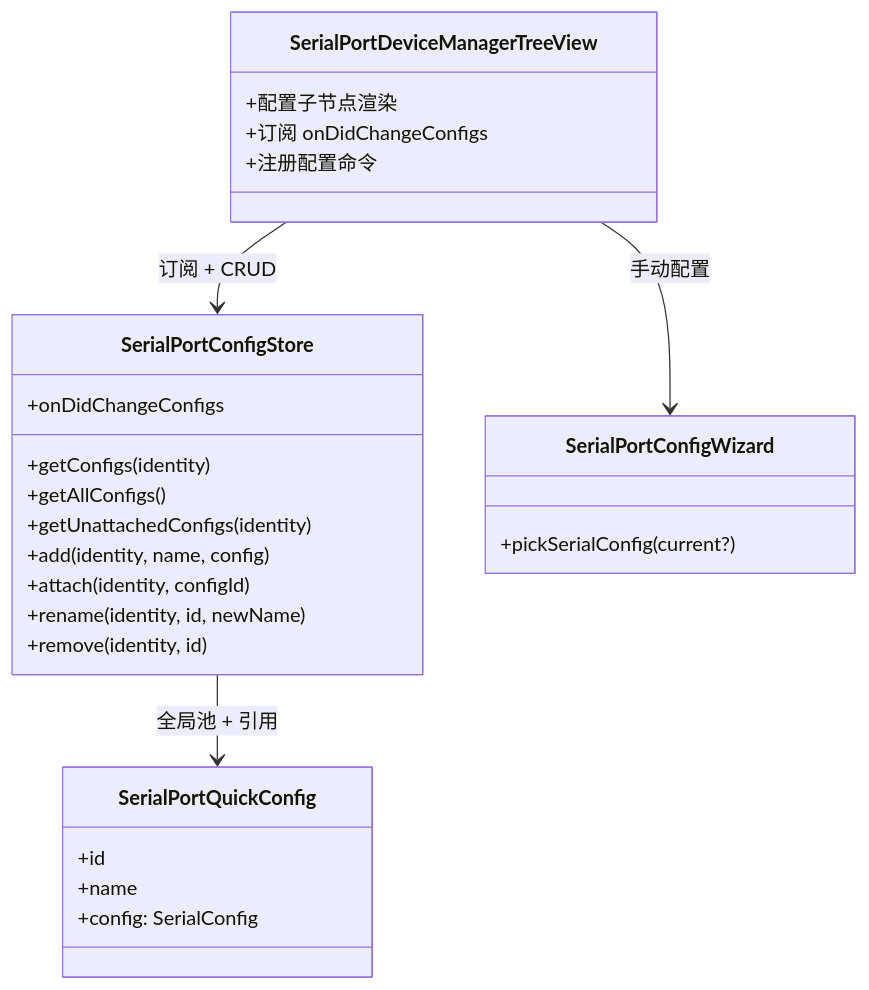
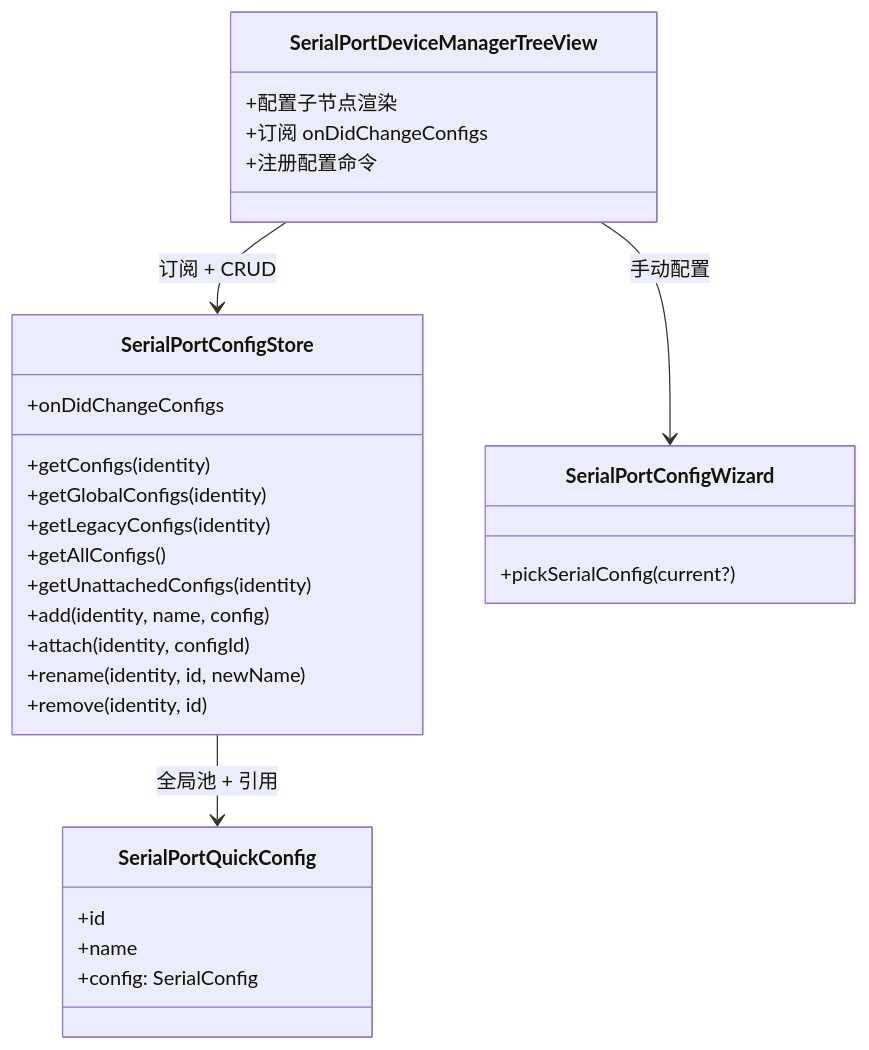
The diagram in doc/SerialPortQuickConfig设计.md (ziqiang-zhu/vscode-serial-port-terminal), drawn with Mermaid before and after one commit. The commit also changed other lines of this file and 7 other files, not shown here.

First line of the commit message:
fix: separate legacy quick configs from the global pool

````diff
--- a/doc/SerialPortQuickConfig设计.md
+++ b/doc/SerialPortQuickConfig设计.md
@@ -167,29 +171,31 @@
 ```mermaid
 classDiagram
     class SerialPortConfigStore {
         +getConfigs(identity)
+        +getGlobalConfigs(identity)
+        +getLegacyConfigs(identity)
         +getAllConfigs()
         +getUnattachedConfigs(identity)
         +add(identity, name, config)
         +attach(identity, configId)
         +rename(identity, id, newName)
         +remove(identity, id)
         +onDidChangeConfigs
     }
     class SerialPortQuickConfig {
         +id
         +name
         +config: SerialConfig
     }
     class SerialPortConfigWizard {
         +pickSerialConfig(current?)
     }
     class SerialPortDeviceManagerTreeView {
         +配置子节点渲染
         +订阅 onDidChangeConfigs
         +注册配置命令
     }
     SerialPortConfigStore --> SerialPortQuickConfig : 全局池 + 引用
     SerialPortDeviceManagerTreeView --> SerialPortConfigStore : 订阅 + CRUD
     SerialPortDeviceManagerTreeView --> SerialPortConfigWizard : 手动配置
 ```
````
